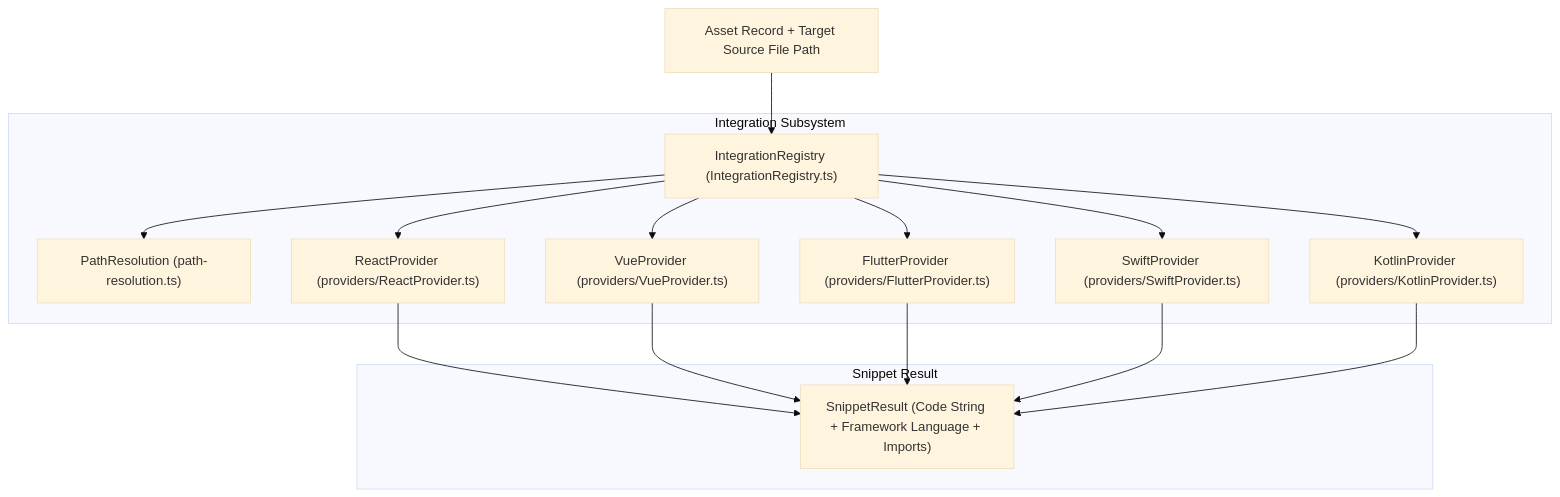
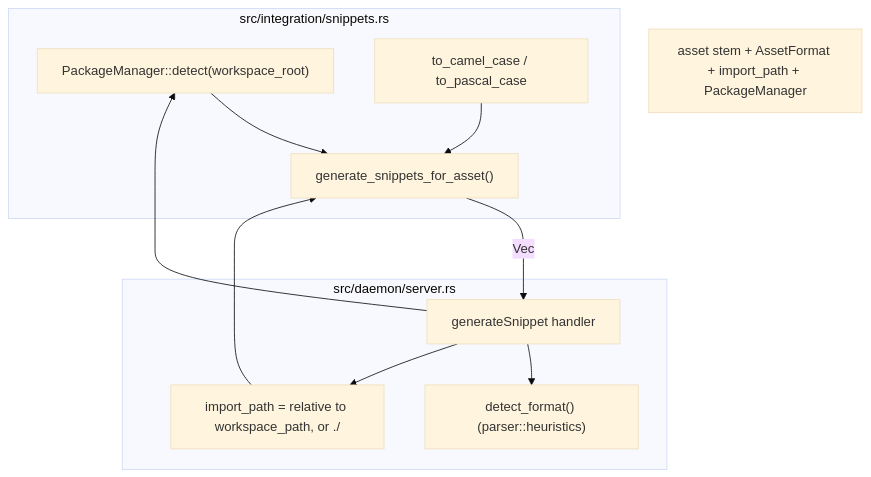
One commit to sxnnyside-project/animoria changed the diagram in docs/guides/11-snippet-generation.md. Above: the diagram before and after it, drawn with Mermaid (base theme). The commit also changed other lines of this file and 466 other files, not shown here.

````diff
--- a/docs/guides/11-snippet-generation.md
+++ b/docs/guides/11-snippet-generation.md
@@ -16,32 +26,24 @@
 ```mermaid
 graph TD
-    AssetRecord["Asset Record + Target Source File Path"]
-    
-    subgraph IntegrationSubsystem["Integration Subsystem"]
-        Registry["IntegrationRegistry (IntegrationRegistry.ts)"]
-        PathResolver["PathResolution (path-resolution.ts)"]
-        
-        ReactProv["ReactProvider (providers/ReactProvider.ts)"]
-        VueProv["VueProvider (providers/VueProvider.ts)"]
-        FlutterProv["FlutterProvider (providers/FlutterProvider.ts)"]
-        SwiftProv["SwiftProvider (providers/SwiftProvider.ts)"]
-        KotlinProv["KotlinProvider (providers/KotlinProvider.ts)"]
+    Request["asset stem + AssetFormat + import_path + PackageManager"]
+
+    subgraph Snippets["src/integration/snippets.rs"]
+        Detect["PackageManager::detect(workspace_root)"]
+        Generate["generate_snippets_for_asset()"]
+        CaseHelpers["to_camel_case / to_pascal_case"]
     end
 
-    subgraph Output["Snippet Result"]
-        Snippet["SnippetResult (Code String + Framework Language + Imports)"]
+    subgraph Handler["src/daemon/server.rs"]
+        Method["generateSnippet handler"]
+        FormatDetect["detect_format() (parser::heuristics)"]
+        PathCalc["import_path = relative to workspace_path, or ./<filename>"]
     end
 
-    AssetRecord --> Registry
-    Registry --> PathResolver
-    Registry --> ReactProv
-    Registry --> VueProv
-    Registry --> FlutterProv
-    Registry --> SwiftProv
-    Registry --> KotlinProv
-    ReactProv --> Snippet
-    VueProv --> Snippet
-    FlutterProv --> Snippet
-    SwiftProv --> Snippet
-    KotlinProv --> Snippet
+    Method --> FormatDetect
+    Method --> PathCalc
+    Method --> Detect
+    Detect --> Generate
+    PathCalc --> Generate
+    CaseHelpers --> Generate
+    Generate -->|Vec<SnippetOption>| Method
 ```
````
